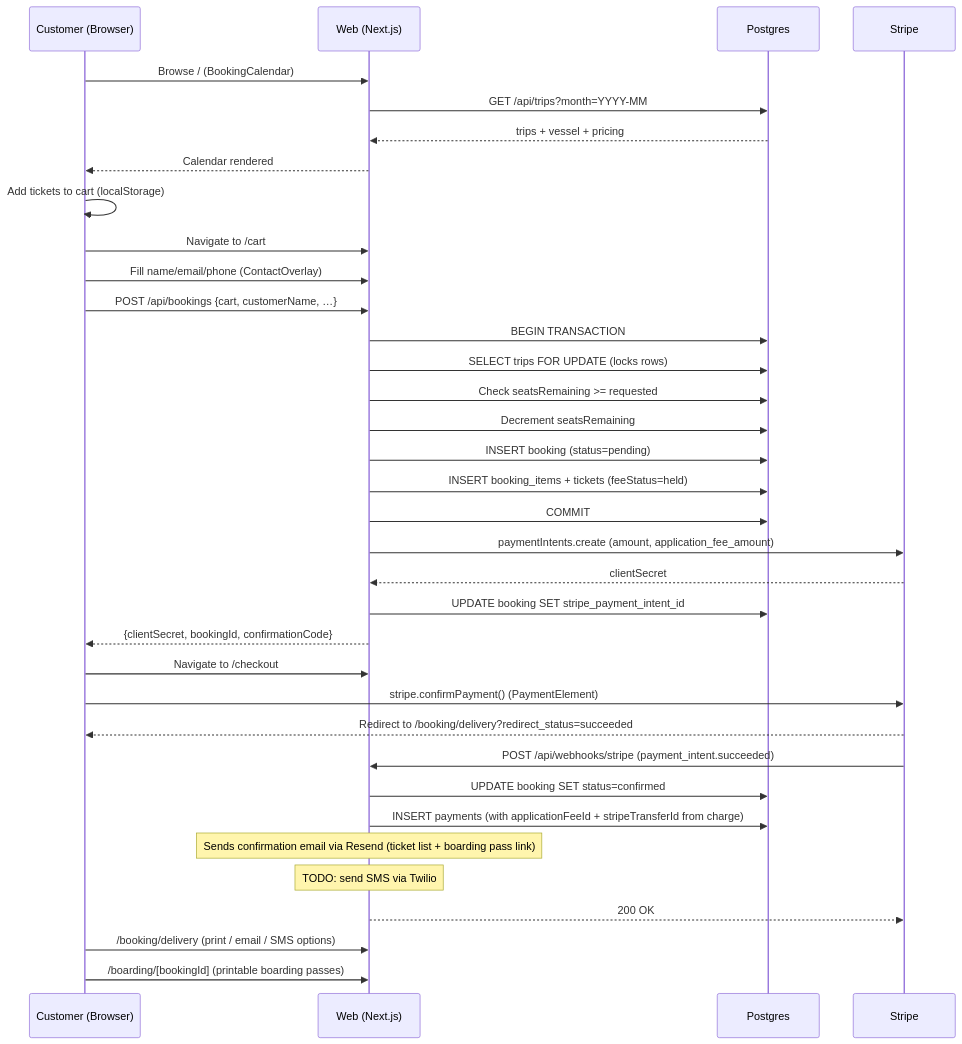
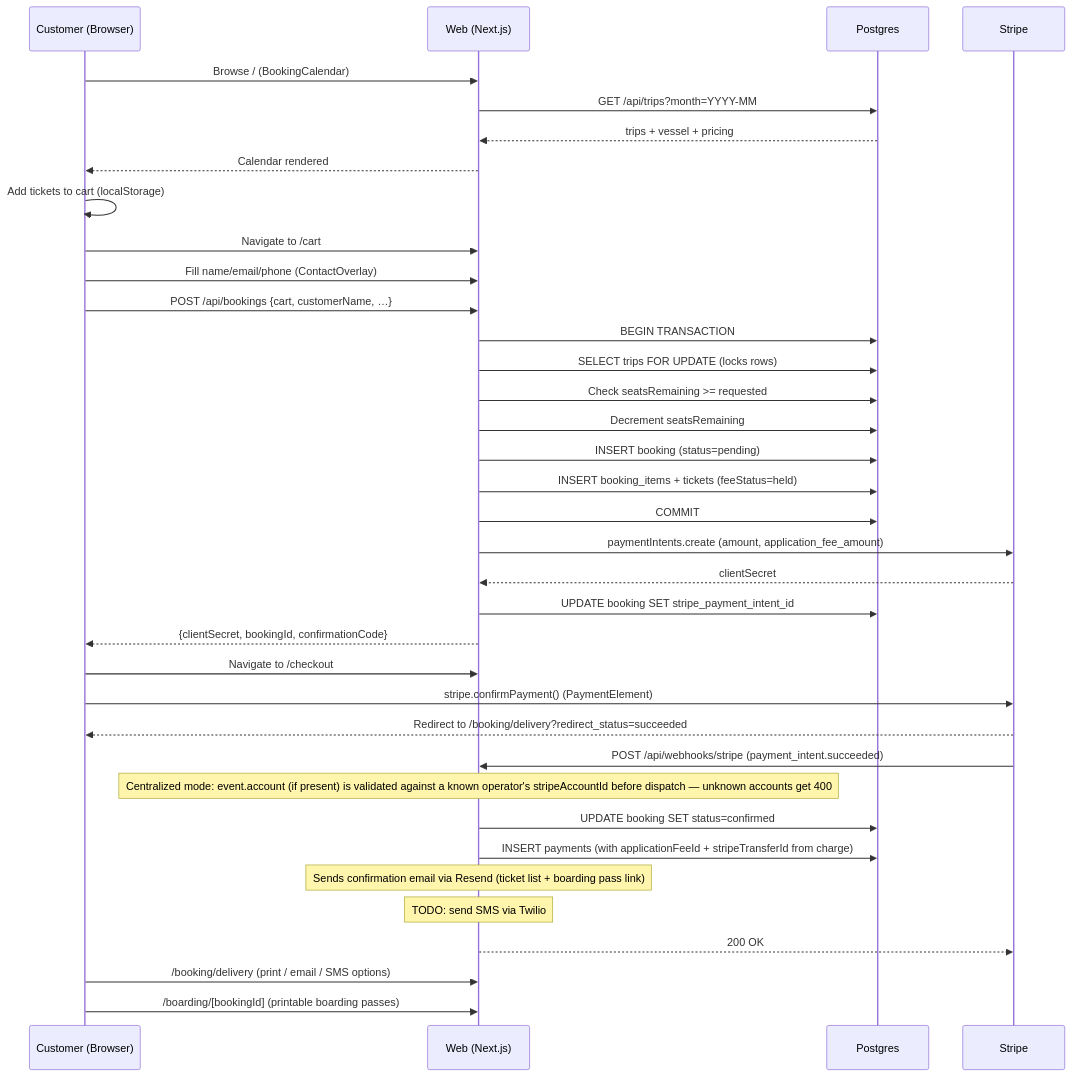
One commit to allonyaron/open-boat-fishing changed the first of 4 diagrams in docs/system-flows.md. Above: the diagram before and after it, drawn with Mermaid. The commit also changed other lines of this file and 11 other files, not shown here.

First line of the commit message:
Refresh mermaid/architecture docs to match centralized-mode code

````diff
--- a/docs/system-flows.md
+++ b/docs/system-flows.md
@@ -5,43 +5,44 @@
 ```mermaid
 sequenceDiagram
     participant C as Customer (Browser)
     participant W as Web (Next.js)
     participant DB as Postgres
     participant S as Stripe
 
     C->>W: Browse /  (BookingCalendar)
     W->>DB: GET /api/trips?month=YYYY-MM
     DB-->>W: trips + vessel + pricing
     W-->>C: Calendar rendered
 
     C->>C: Add tickets to cart (localStorage)
     C->>W: Navigate to /cart
     C->>W: Fill name/email/phone (ContactOverlay)
     C->>W: POST /api/bookings {cart, customerName, …}
 
     W->>DB: BEGIN TRANSACTION
     W->>DB: SELECT trips FOR UPDATE (locks rows)
     W->>DB: Check seatsRemaining >= requested
     W->>DB: Decrement seatsRemaining
     W->>DB: INSERT booking (status=pending)
     W->>DB: INSERT booking_items + tickets (feeStatus=held)
     W->>DB: COMMIT
     W->>S: paymentIntents.create (amount, application_fee_amount)
     S-->>W: clientSecret
     W->>DB: UPDATE booking SET stripe_payment_intent_id
     W-->>C: {clientSecret, bookingId, confirmationCode}
 
     C->>W: Navigate to /checkout
     C->>S: stripe.confirmPayment() (PaymentElement)
     S-->>C: Redirect to /booking/delivery?redirect_status=succeeded
 
     S->>W: POST /api/webhooks/stripe  (payment_intent.succeeded)
+    Note over W: Centralized mode: event.account (if present) is validated against a known operator's stripeAccountId before dispatch — unknown accounts get 400
     W->>DB: UPDATE booking SET status=confirmed
     W->>DB: INSERT payments (with applicationFeeId + stripeTransferId from charge)
     Note over W: Sends confirmation email via Resend (ticket list + boarding pass link)
     Note over W: TODO: send SMS via Twilio
     W-->>S: 200 OK
 
     C->>W: /booking/delivery  (print / email / SMS options)
     C->>W: /boarding/[bookingId]  (printable boarding passes)
 ```
````
